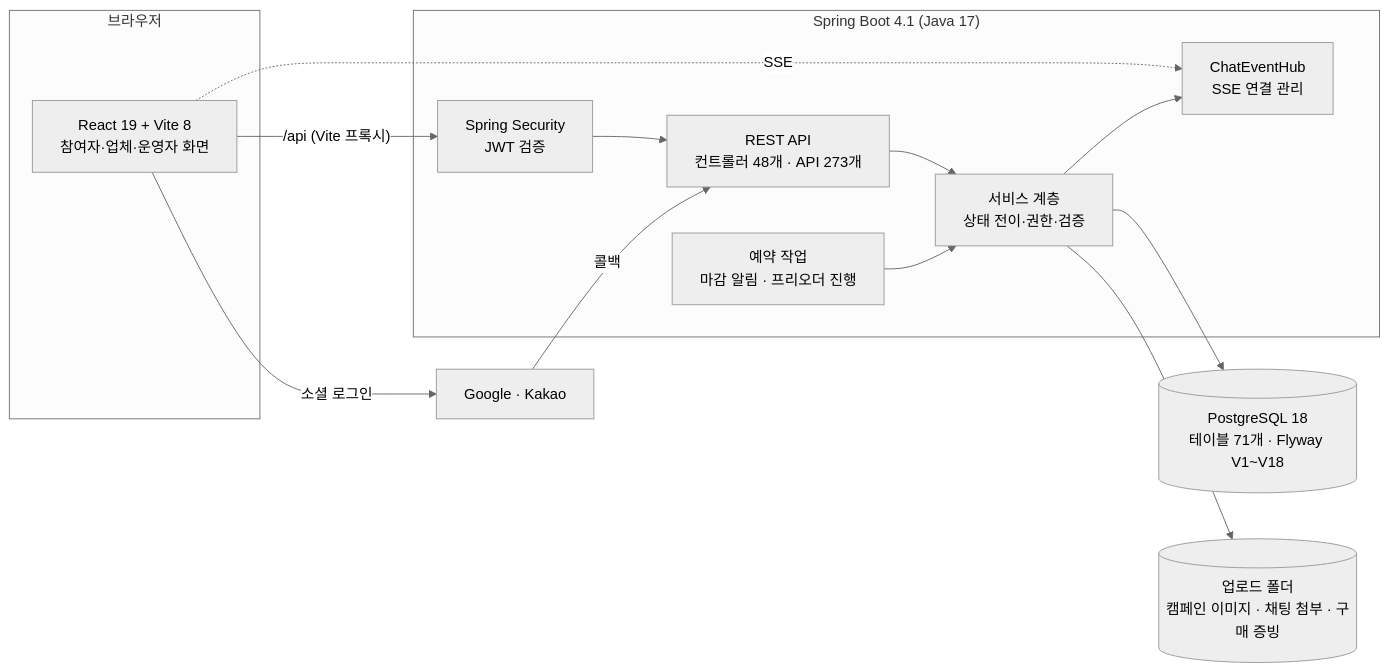
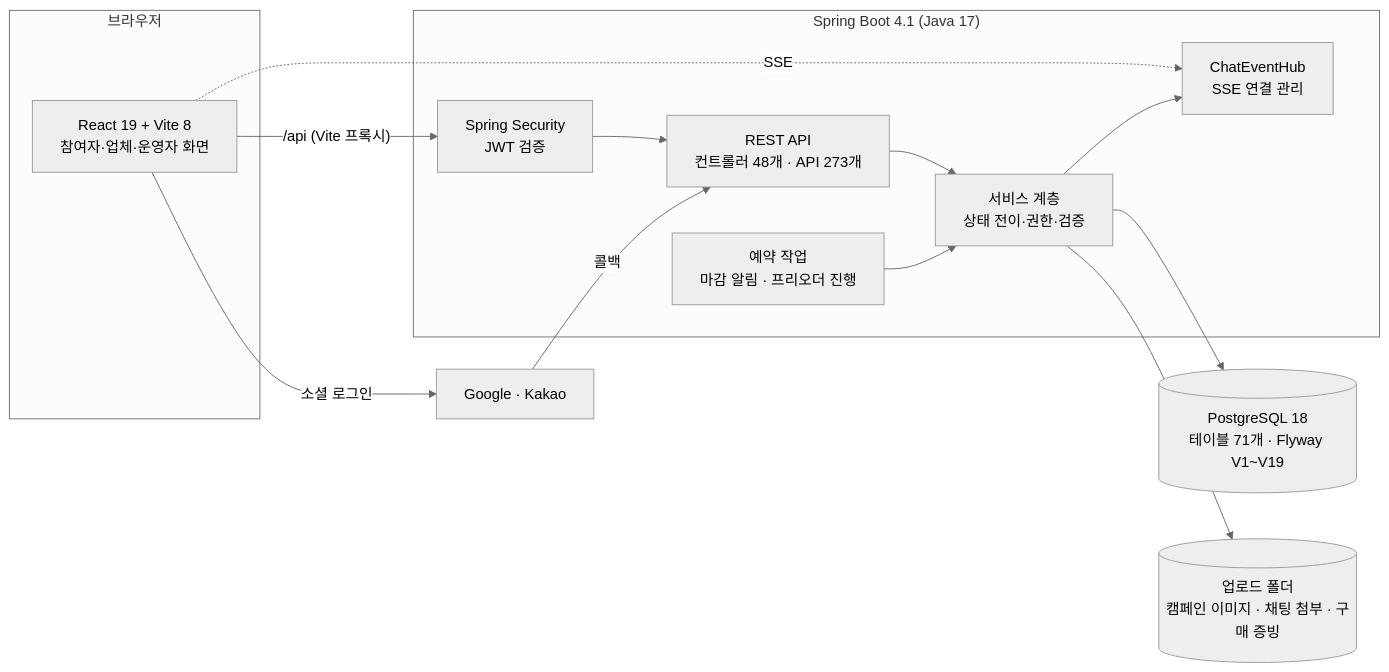
One commit to yoo-jin-k/movrit-backend changed the first of 2 diagrams in docs/portfolio/architecture.md. Above: the diagram before and after it, drawn with Mermaid (neutral theme). The commit also changed other lines of this file and 13 other files, not shown here.

````diff
--- a/docs/portfolio/architecture.md
+++ b/docs/portfolio/architecture.md
@@ -8,23 +8,23 @@
 ```mermaid
 flowchart LR
   subgraph Browser["브라우저"]
     FE["React 19 + Vite 8<br/>참여자·업체·운영자 화면"]
   end
   subgraph Server["Spring Boot 4.1 (Java 17)"]
     SEC["Spring Security<br/>JWT 검증"]
     API["REST API<br/>컨트롤러 48개 · API 273개"]
     SVC["서비스 계층<br/>상태 전이·권한·검증"]
     HUB["ChatEventHub<br/>SSE 연결 관리"]
     SCH["예약 작업<br/>마감 알림 · 프리오더 진행"]
   end
-  DB[("PostgreSQL 18<br/>테이블 71개 · Flyway V1~V18")]
+  DB[("PostgreSQL 18<br/>테이블 71개 · Flyway V1~V19")]
   FS[("업로드 폴더<br/>캠페인 이미지 · 채팅 첨부 · 구매 증빙")]
   OAUTH["Google · Kakao"]
 
   FE -- "/api (Vite 프록시)" --> SEC --> API --> SVC --> DB
   FE -. "SSE" .-> HUB
   SVC --> HUB
   SVC --> FS
   SCH --> SVC
   FE -- "소셜 로그인" --> OAUTH -- "콜백" --> API
 ```
````
